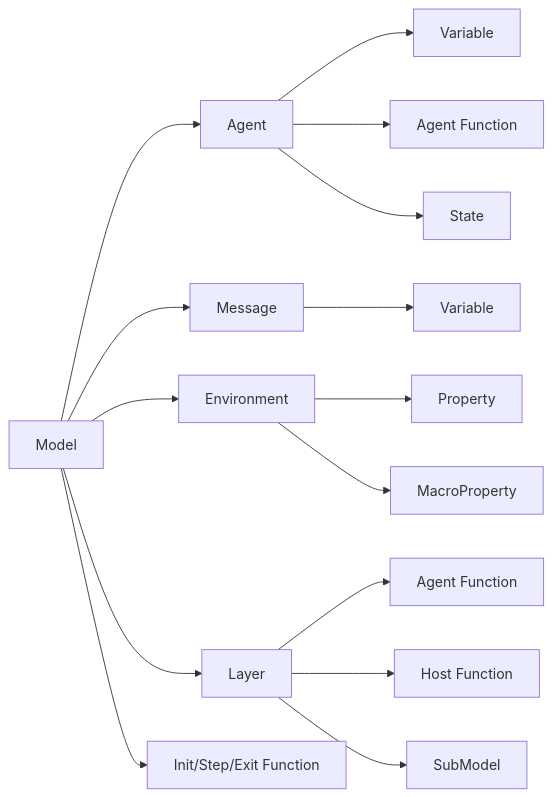
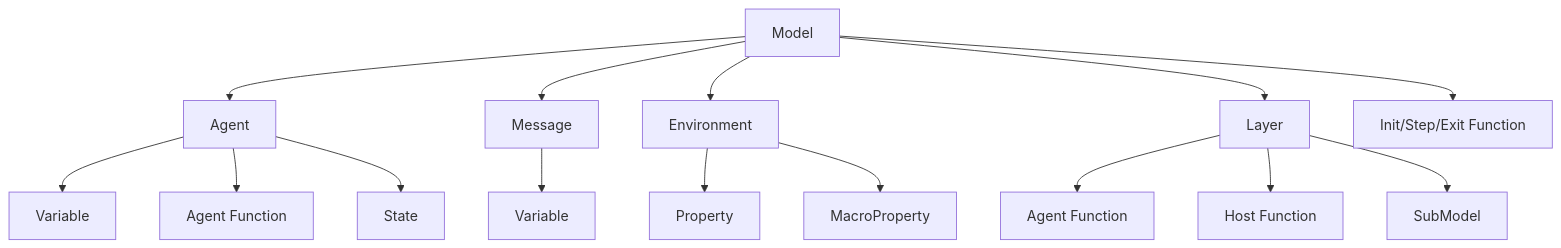
One commit to FLAMEGPU/FLAMEGPU2-docs changed the diagram in src/guide/creating-a-model/index.rst. Above: the diagram before and after it, drawn with Mermaid.

Commit message:
Change model diagram to top down (from left-right)
Reordering message/agent seems to have fixed the overlap (or maybe its just page width).

```diff
--- a/src/guide/creating-a-model/index.rst
+++ b/src/guide/creating-a-model/index.rst
@@ -16,20 +16,20 @@
 .. mermaid::
 
-    graph LR;
+    graph TD;
         %%Simulation-->Population;
         %%Simulation-->Model;
         Model-->Agent;
         Model-->Message;
         Model-->Environment;
         Model-->Layer;
         Model-->e["Init/Step/Exit Function"];
         Message-->Variable;
         Agent-->a["Variable"];
         Agent-->b["Agent Function"];
         Agent-->State;
         Environment-->Property;
         Environment-->MacroProperty;
         %%Environment-->StaticGraph;
         Layer-->c[Agent Function];
         Layer-->d[Host Function];
         Layer-->SubModel;
```
